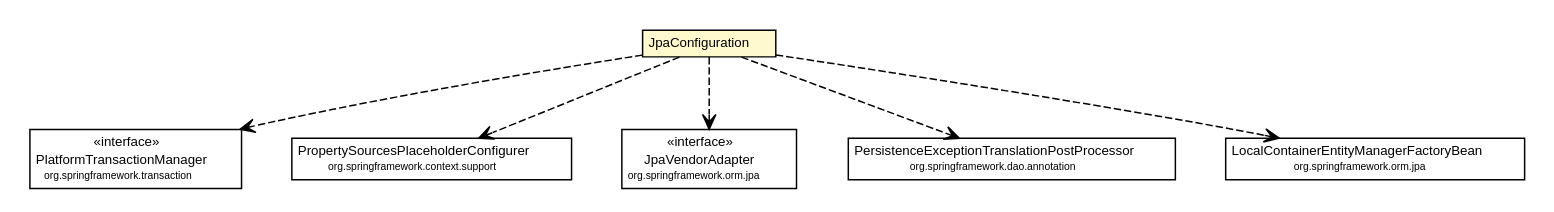
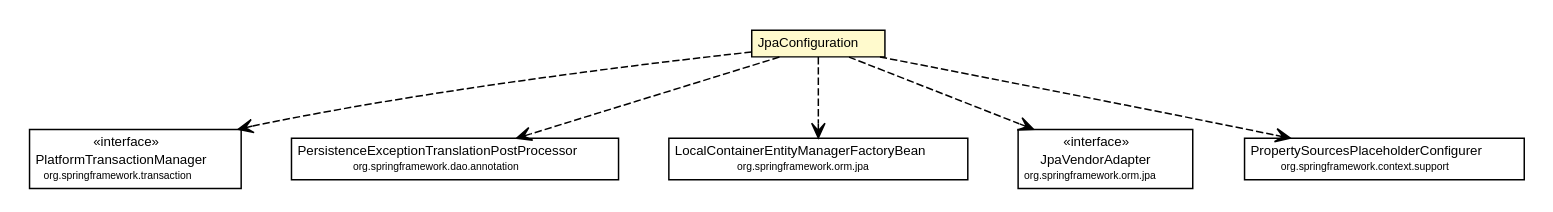
One commit to willmorejg/net.ljcomputing.status-reporter changed the diagram in docs/javadoc/apidocs/net/ljcomputing/sr/config/JpaConfiguration.dot. Above: the diagram before and after it, drawn with Graphviz. The commit also changed 189 other files, not shown here.

```diff
--- a/docs/javadoc/apidocs/net/ljcomputing/sr/config/JpaConfiguration.dot
+++ b/docs/javadoc/apidocs/net/ljcomputing/sr/config/JpaConfiguration.dot
@@ -1,65 +1,65 @@
 #!/usr/local/bin/dot
 #
 # Class diagram 
 # Generated by UMLGraph version R5_6-24-gf6e263 (http://www.umlgraph.org/)
 #
 
 digraph G {
 	edge [fontname="Helvetica",fontsize=10,labelfontname="Helvetica",labelfontsize=10];
 	node [fontname="Helvetica",fontsize=10,shape=plaintext];
 	nodesep=0.25;
 	ranksep=0.5;
 	// net.ljcomputing.sr.config.JpaConfiguration
 	c2126 [label=<<table title="net.ljcomputing.sr.config.JpaConfiguration" border="0" cellborder="1" cellspacing="0" cellpadding="2" port="p" bgcolor="lemonChiffon" href="./JpaConfiguration.html">
 		<tr><td><table border="0" cellspacing="0" cellpadding="1">
 <tr><td align="center" balign="center"> JpaConfiguration </td></tr>
 		</table></td></tr>
 		</table>>, URL="./JpaConfiguration.html", fontname="Helvetica", fontcolor="black", fontsize=9.0];
 	// net.ljcomputing.sr.config.JpaConfiguration DEPEND org.springframework.transaction.PlatformTransactionManager
 	c2126:p -> c2131:p [taillabel="", label="", headlabel="", fontname="Helvetica", fontcolor="black", fontsize=10.0, color="black", arrowhead=open, style=dashed];
+	// net.ljcomputing.sr.config.JpaConfiguration DEPEND org.springframework.dao.annotation.PersistenceExceptionTranslationPostProcessor
+	c2126:p -> c2135:p [taillabel="", label="", headlabel="", fontname="Helvetica", fontcolor="black", fontsize=10.0, color="black", arrowhead=open, style=dashed];
+	// net.ljcomputing.sr.config.JpaConfiguration DEPEND org.springframework.orm.jpa.LocalContainerEntityManagerFactoryBean
+	c2126:p -> c2147:p [taillabel="", label="", headlabel="", fontname="Helvetica", fontcolor="black", fontsize=10.0, color="black", arrowhead=open, style=dashed];
+	// net.ljcomputing.sr.config.JpaConfiguration DEPEND org.springframework.orm.jpa.JpaVendorAdapter
+	c2126:p -> c2149:p [taillabel="", label="", headlabel="", fontname="Helvetica", fontcolor="black", fontsize=10.0, color="black", arrowhead=open, style=dashed];
 	// net.ljcomputing.sr.config.JpaConfiguration DEPEND org.springframework.context.support.PropertySourcesPlaceholderConfigurer
-	c2126:p -> c2139:p [taillabel="", label="", headlabel="", fontname="Helvetica", fontcolor="black", fontsize=10.0, color="black", arrowhead=open, style=dashed];
-	// net.ljcomputing.sr.config.JpaConfiguration DEPEND org.springframework.orm.jpa.JpaVendorAdapter
-	c2126:p -> c2141:p [taillabel="", label="", headlabel="", fontname="Helvetica", fontcolor="black", fontsize=10.0, color="black", arrowhead=open, style=dashed];
-	// net.ljcomputing.sr.config.JpaConfiguration DEPEND org.springframework.dao.annotation.PersistenceExceptionTranslationPostProcessor
-	c2126:p -> c2145:p [taillabel="", label="", headlabel="", fontname="Helvetica", fontcolor="black", fontsize=10.0, color="black", arrowhead=open, style=dashed];
-	// net.ljcomputing.sr.config.JpaConfiguration DEPEND org.springframework.orm.jpa.LocalContainerEntityManagerFactoryBean
 	c2126:p -> c2157:p [taillabel="", label="", headlabel="", fontname="Helvetica", fontcolor="black", fontsize=10.0, color="black", arrowhead=open, style=dashed];
 	// org.springframework.orm.jpa.JpaVendorAdapter
-	c2141 [label=<<table title="org.springframework.orm.jpa.JpaVendorAdapter" border="0" cellborder="1" cellspacing="0" cellpadding="2" port="p">
+	c2149 [label=<<table title="org.springframework.orm.jpa.JpaVendorAdapter" border="0" cellborder="1" cellspacing="0" cellpadding="2" port="p">
 		<tr><td><table border="0" cellspacing="0" cellpadding="1">
 <tr><td align="center" balign="center"> &#171;interface&#187; </td></tr>
 <tr><td align="center" balign="center"> JpaVendorAdapter </td></tr>
 <tr><td align="center" balign="center"><font point-size="7.0"> org.springframework.orm.jpa </font></td></tr>
 		</table></td></tr>
 		</table>>, URL="null", fontname="Helvetica", fontcolor="black", fontsize=9.0];
 	// org.springframework.transaction.PlatformTransactionManager
 	c2131 [label=<<table title="org.springframework.transaction.PlatformTransactionManager" border="0" cellborder="1" cellspacing="0" cellpadding="2" port="p">
 		<tr><td><table border="0" cellspacing="0" cellpadding="1">
 <tr><td align="center" balign="center"> &#171;interface&#187; </td></tr>
 <tr><td align="center" balign="center"> PlatformTransactionManager </td></tr>
 <tr><td align="center" balign="center"><font point-size="7.0"> org.springframework.transaction </font></td></tr>
 		</table></td></tr>
 		</table>>, URL="null", fontname="Helvetica", fontcolor="black", fontsize=9.0];
 	// org.springframework.dao.annotation.PersistenceExceptionTranslationPostProcessor
-	c2145 [label=<<table title="org.springframework.dao.annotation.PersistenceExceptionTranslationPostProcessor" border="0" cellborder="1" cellspacing="0" cellpadding="2" port="p">
+	c2135 [label=<<table title="org.springframework.dao.annotation.PersistenceExceptionTranslationPostProcessor" border="0" cellborder="1" cellspacing="0" cellpadding="2" port="p">
 		<tr><td><table border="0" cellspacing="0" cellpadding="1">
 <tr><td align="center" balign="center"> PersistenceExceptionTranslationPostProcessor </td></tr>
 <tr><td align="center" balign="center"><font point-size="7.0"> org.springframework.dao.annotation </font></td></tr>
 		</table></td></tr>
 		</table>>, URL="null", fontname="Helvetica", fontcolor="black", fontsize=9.0];
 	// org.springframework.context.support.PropertySourcesPlaceholderConfigurer
-	c2139 [label=<<table title="org.springframework.context.support.PropertySourcesPlaceholderConfigurer" border="0" cellborder="1" cellspacing="0" cellpadding="2" port="p">
+	c2157 [label=<<table title="org.springframework.context.support.PropertySourcesPlaceholderConfigurer" border="0" cellborder="1" cellspacing="0" cellpadding="2" port="p">
 		<tr><td><table border="0" cellspacing="0" cellpadding="1">
 <tr><td align="center" balign="center"> PropertySourcesPlaceholderConfigurer </td></tr>
 <tr><td align="center" balign="center"><font point-size="7.0"> org.springframework.context.support </font></td></tr>
 		</table></td></tr>
 		</table>>, URL="null", fontname="Helvetica", fontcolor="black", fontsize=9.0];
 	// org.springframework.orm.jpa.LocalContainerEntityManagerFactoryBean
-	c2157 [label=<<table title="org.springframework.orm.jpa.LocalContainerEntityManagerFactoryBean" border="0" cellborder="1" cellspacing="0" cellpadding="2" port="p">
+	c2147 [label=<<table title="org.springframework.orm.jpa.LocalContainerEntityManagerFactoryBean" border="0" cellborder="1" cellspacing="0" cellpadding="2" port="p">
 		<tr><td><table border="0" cellspacing="0" cellpadding="1">
 <tr><td align="center" balign="center"> LocalContainerEntityManagerFactoryBean </td></tr>
 <tr><td align="center" balign="center"><font point-size="7.0"> org.springframework.orm.jpa </font></td></tr>
 		</table></td></tr>
 		</table>>, URL="null", fontname="Helvetica", fontcolor="black", fontsize=9.0];
 }
```
